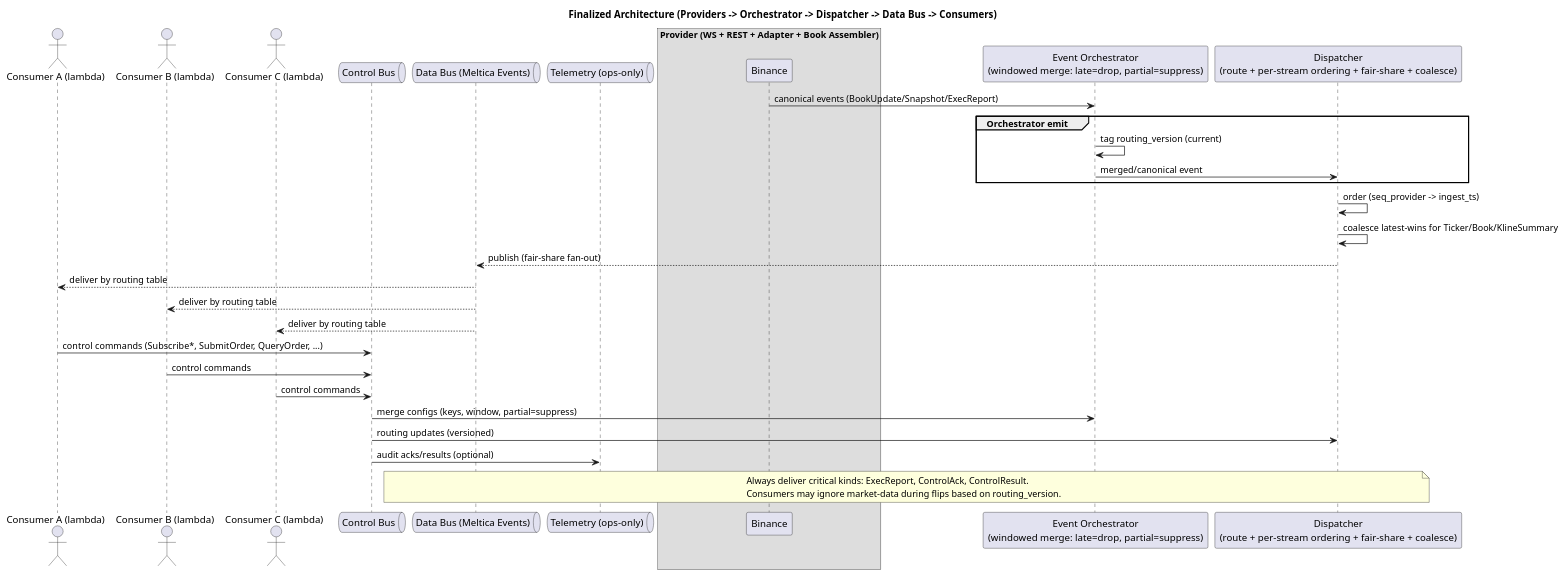
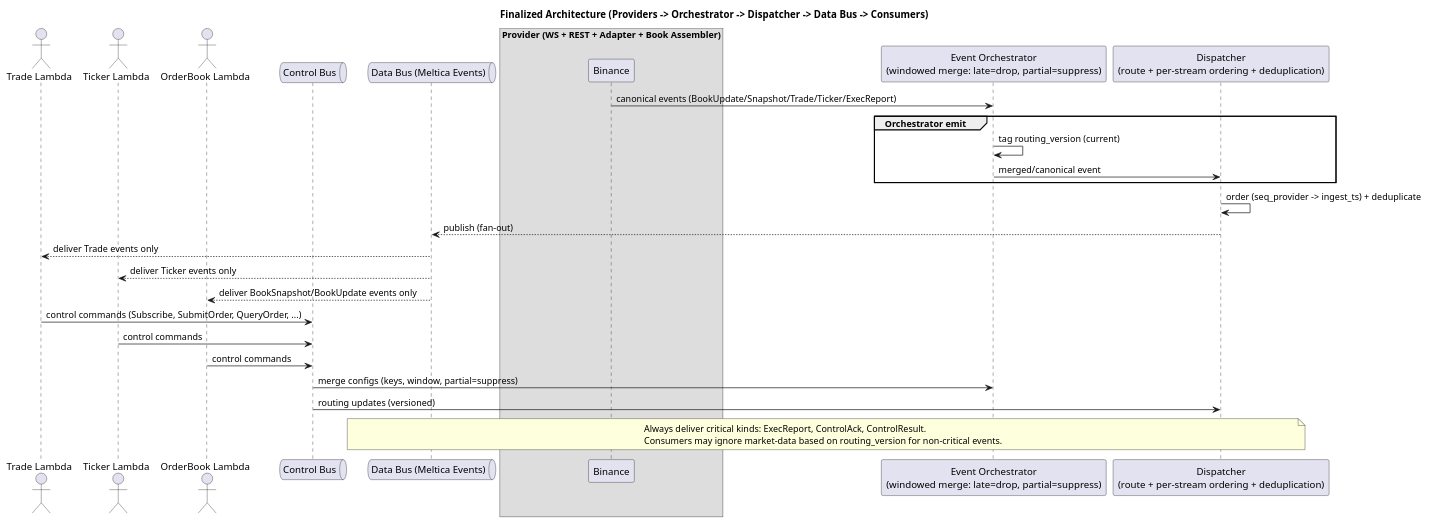
One commit to coachpo/meltica changed the diagram in docs/diagrams/architecture-finalized.puml. Above: the diagram before and after it, drawn with PlantUML. The commit also changed 28 other files, not shown here.

```diff
--- a/docs/diagrams/architecture-finalized.puml
+++ b/docs/diagrams/architecture-finalized.puml
@@ -1,49 +1,46 @@
 @startuml
 title Finalized Architecture (Providers -> Orchestrator -> Dispatcher -> Data Bus -> Consumers)
 
-actor "Consumer A (lambda)" as CON_A
-actor "Consumer B (lambda)" as CON_B
-actor "Consumer C (lambda)" as CON_C
+actor "Trade Lambda" as Trade
+actor "Ticker Lambda" as Ticker  
+actor "OrderBook Lambda" as OrderBook
 
 queue "Control Bus" as ControlBus
 queue "Data Bus (Meltica Events)" as DataBus
-queue "Telemetry (ops-only)" as Telemetry
 
 box "Provider (WS + REST + Adapter + Book Assembler)"
   participant "Binance" as PRV_O
 end box
 
 participant "Event Orchestrator\n(windowed merge: late=drop, partial=suppress)" as Orchestrator
-participant "Dispatcher\n(route + per-stream ordering + fair-share + coalesce)" as Dispatcher
+participant "Dispatcher\n(route + per-stream ordering + deduplication)" as Dispatcher
 
 ' Ingress
-PRV_O -> Orchestrator : canonical events (BookUpdate/Snapshot/ExecReport)
+PRV_O -> Orchestrator : canonical events (BookUpdate/Snapshot/Trade/Ticker/ExecReport)
 
 group Orchestrator emit
   Orchestrator -> Orchestrator : tag routing_version (current)
   Orchestrator -> Dispatcher : merged/canonical event
 end
 
 ' Dispatch
-Dispatcher -> Dispatcher : order (seq_provider -> ingest_ts)
-Dispatcher -> Dispatcher : coalesce latest-wins for Ticker/Book/KlineSummary
-Dispatcher --> DataBus : publish (fair-share fan-out)
+Dispatcher -> Dispatcher : order (seq_provider -> ingest_ts) + deduplicate
+Dispatcher --> DataBus : publish (fan-out)
 
 ' Delivery
-DataBus --> CON_A : deliver by routing table
-DataBus --> CON_B : deliver by routing table
-DataBus --> CON_C : deliver by routing table
+DataBus --> Trade : deliver Trade events only
+DataBus --> Ticker : deliver Ticker events only
+DataBus --> OrderBook : deliver BookSnapshot/BookUpdate events only
 
 ' Control plane
-CON_A -> ControlBus : control commands (Subscribe*, SubmitOrder, QueryOrder, ...)
-CON_B -> ControlBus : control commands
-CON_C -> ControlBus : control commands
+Trade -> ControlBus : control commands (Subscribe, SubmitOrder, QueryOrder, ...)
+Ticker -> ControlBus : control commands
+OrderBook -> ControlBus : control commands
 ControlBus -> Orchestrator : merge configs (keys, window, partial=suppress)
 ControlBus -> Dispatcher : routing updates (versioned)
-ControlBus -> Telemetry : audit acks/results (optional)
 
 note over Dispatcher,DataBus
 Always deliver critical kinds: ExecReport, ControlAck, ControlResult.
-Consumers may ignore market-data during flips based on routing_version.
+Consumers may ignore market-data based on routing_version for non-critical events.
 end note
 @enduml
```
